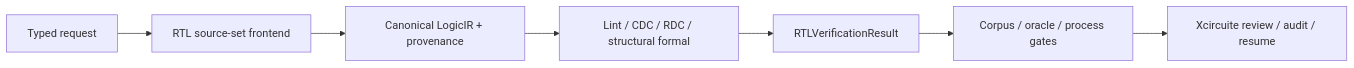
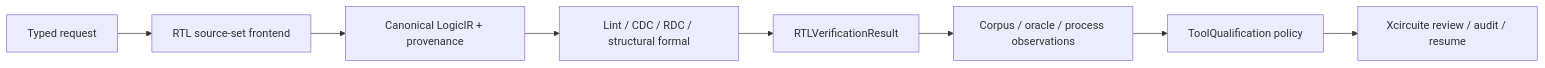
Before and after one commit to 1amageek/RTLVerificationEngine: the first of 4 diagrams in README.md, drawn with Mermaid. The commit also changed other lines of this file and 6 other files, not shown here.

````diff
--- a/README.md
+++ b/README.md
@@ -30,9 +31,10 @@
 ```mermaid
 flowchart LR
     Request["Typed request"] --> Frontend["RTL source-set frontend"]
     Frontend --> IR["Canonical LogicIR + provenance"]
     IR --> Native["Lint / CDC / RDC / structural formal"]
     Native --> Result["RTLVerificationResult"]
-    Result --> Qualification["Corpus / oracle / process gates"]
-    Qualification --> Review["Xcircuite review / audit / resume"]
+    Result --> Evidence["Corpus / oracle / process observations"]
+    Evidence --> Trust["ToolQualification policy"]
+    Trust --> Review["Xcircuite review / audit / resume"]
 ```
````
